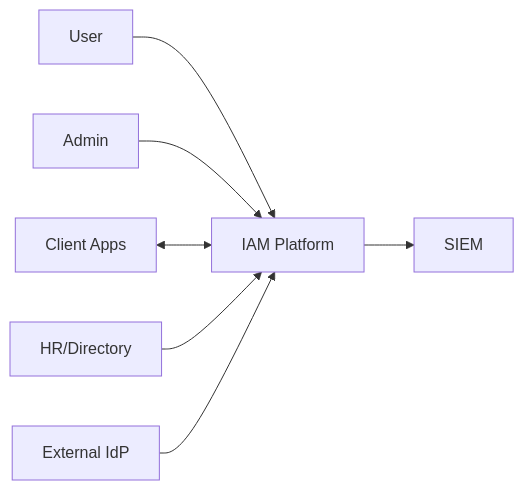
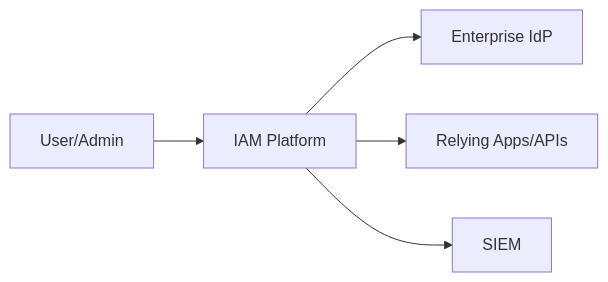
The first of 2 diagrams in Identity and Access Management Platform/high-level-design/c4-diagrams.md (0Ankit0/Project-Ideas), drawn with Mermaid before and after one commit. The commit also changed other lines of this file and 37 other files, not shown here.

````diff
--- a/Identity and Access Management Platform/high-level-design/c4-diagrams.md
+++ b/Identity and Access Management Platform/high-level-design/c4-diagrams.md
@@ -4,9 +4,7 @@
 ```mermaid
 flowchart LR
-    User[User] --> IAM[IAM Platform]
-    Admin[Admin] --> IAM
-    Apps[Client Apps] <--> IAM
-    HR[HR/Directory] --> IAM
-    IAM --> SIEM[SIEM]
-    IdP[External IdP] --> IAM
+  User[User/Admin] --> IAM[IAM Platform]
+  IAM --> IdP[Enterprise IdP]
+  IAM --> Apps[Relying Apps/APIs]
+  IAM --> SIEM[SIEM]
 ```
````
